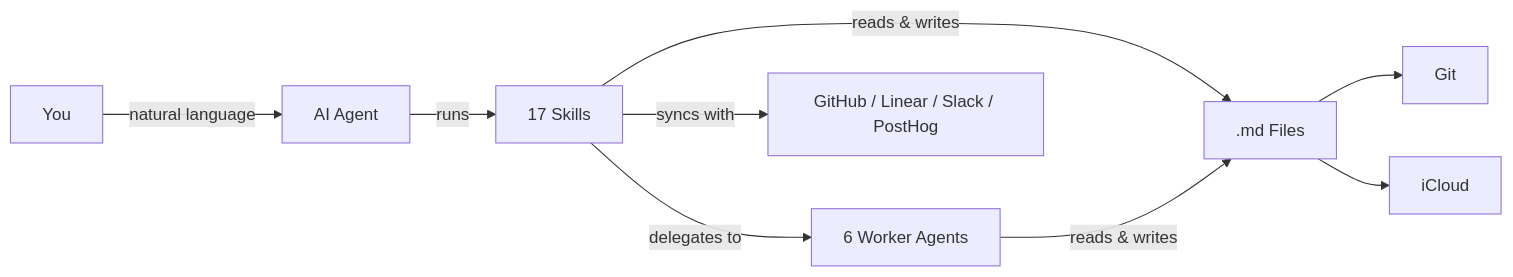
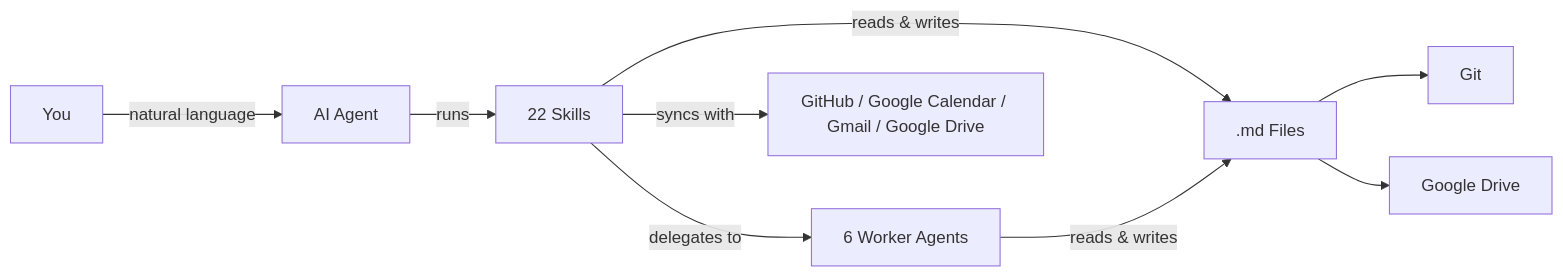
Before and after one commit to evanblasband/COG-second-brain: the first of 2 diagrams in README.md, drawn with Mermaid. The commit also changed other lines of this file, not shown here.

````diff
--- a/README.md
+++ b/README.md
@@ -11,11 +13,11 @@
 ```mermaid
 graph LR
     A[You] -- natural language --> B[AI Agent]
-    B -- runs --> C[17 Skills]
+    B -- runs --> C[22 Skills]
     C -- delegates to --> W[6 Worker Agents]
     C -- reads & writes --> D[.md Files]
     W -- reads & writes --> D
-    C -- syncs with --> G[GitHub / Linear / Slack / PostHog]
+    C -- syncs with --> G[GitHub / Google Calendar / Gmail / Google Drive]
     D --> E[Git]
-    D --> F[iCloud]
+    D --> F[Google Drive]
 ```
````
